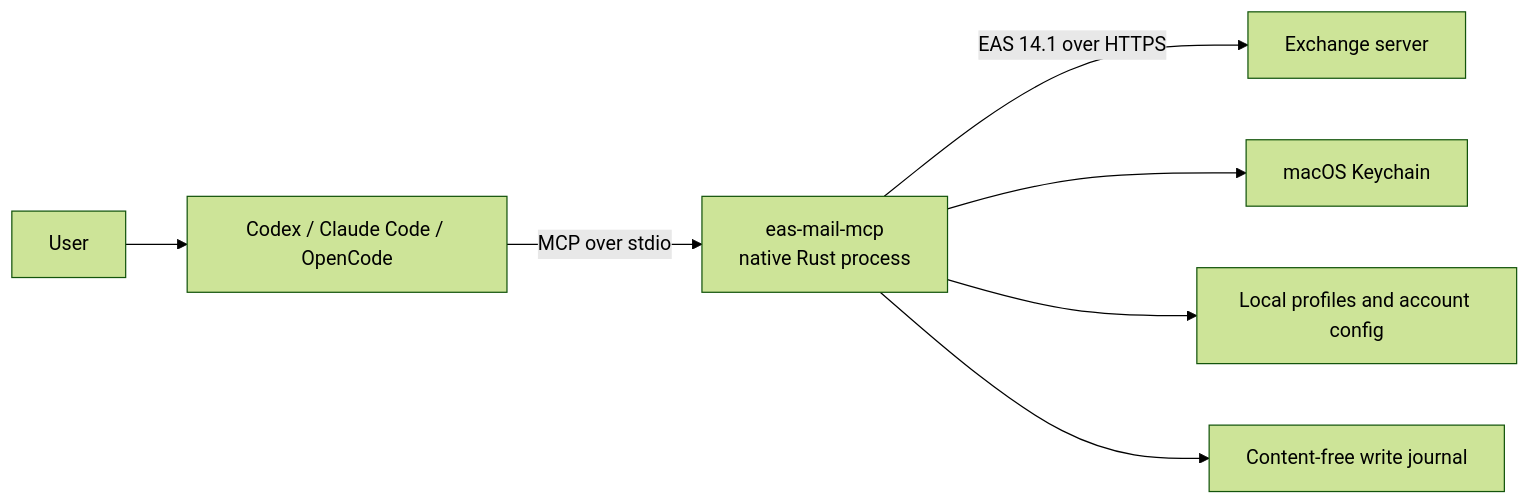
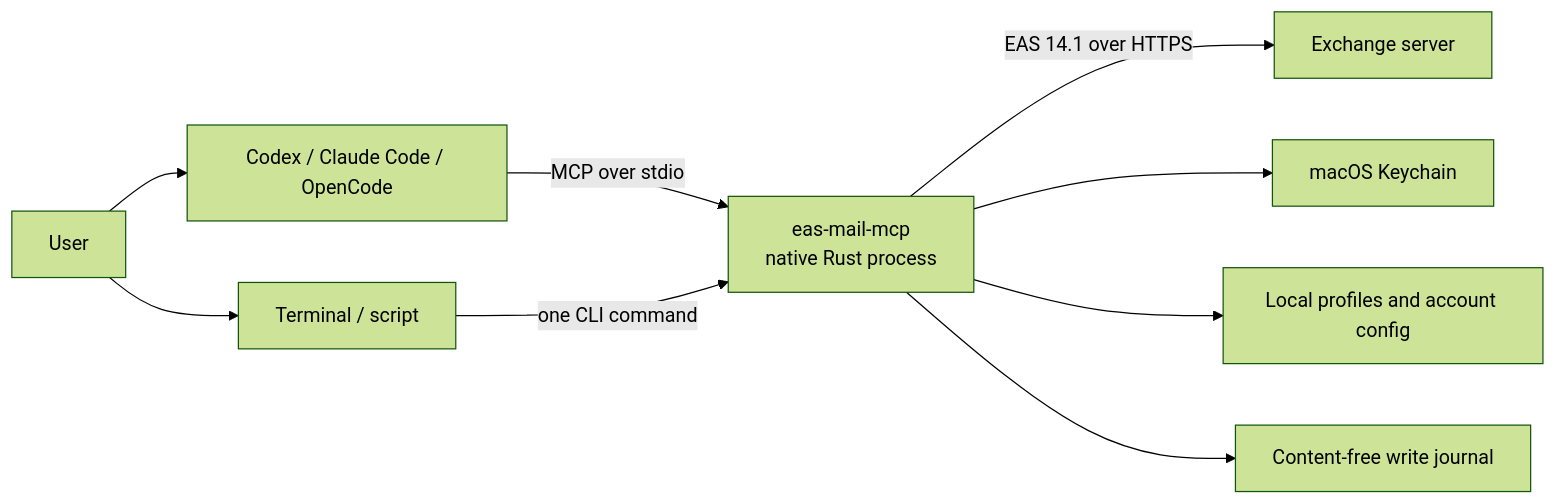
One commit to Acrom7/eas-mail-mcp changed the diagram in README.md. Above: the diagram before and after it, drawn with Mermaid (forest theme). The commit also changed other lines of this file and 49 other files, not shown here.

Commit message:
feat: add one-shot operational CLI

````diff
--- a/README.md
+++ b/README.md
@@ -72,9 +75,11 @@
 ```mermaid
 flowchart LR
     User["User"] --> Client["Codex / Claude Code / OpenCode"]
     Client -->|"MCP over stdio"| MCP["eas-mail-mcp<br/>native Rust process"]
+    User --> Shell["Terminal / script"]
+    Shell -->|"one CLI command"| MCP
     MCP -->|"EAS 14.1 over HTTPS"| Exchange["Exchange server"]
     MCP --> Keychain["macOS Keychain"]
     MCP --> Config["Local profiles and account config"]
     MCP --> Journal["Content-free write journal"]
 ```
````
